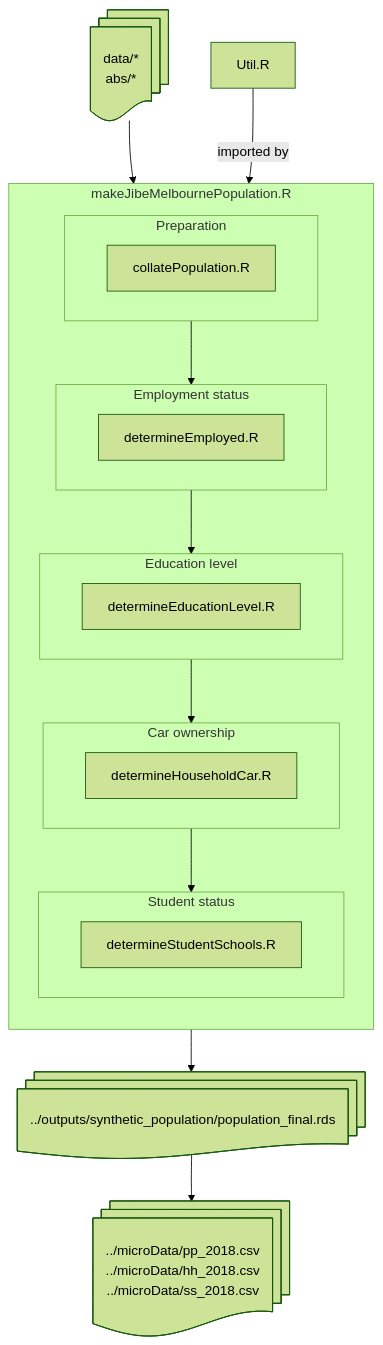
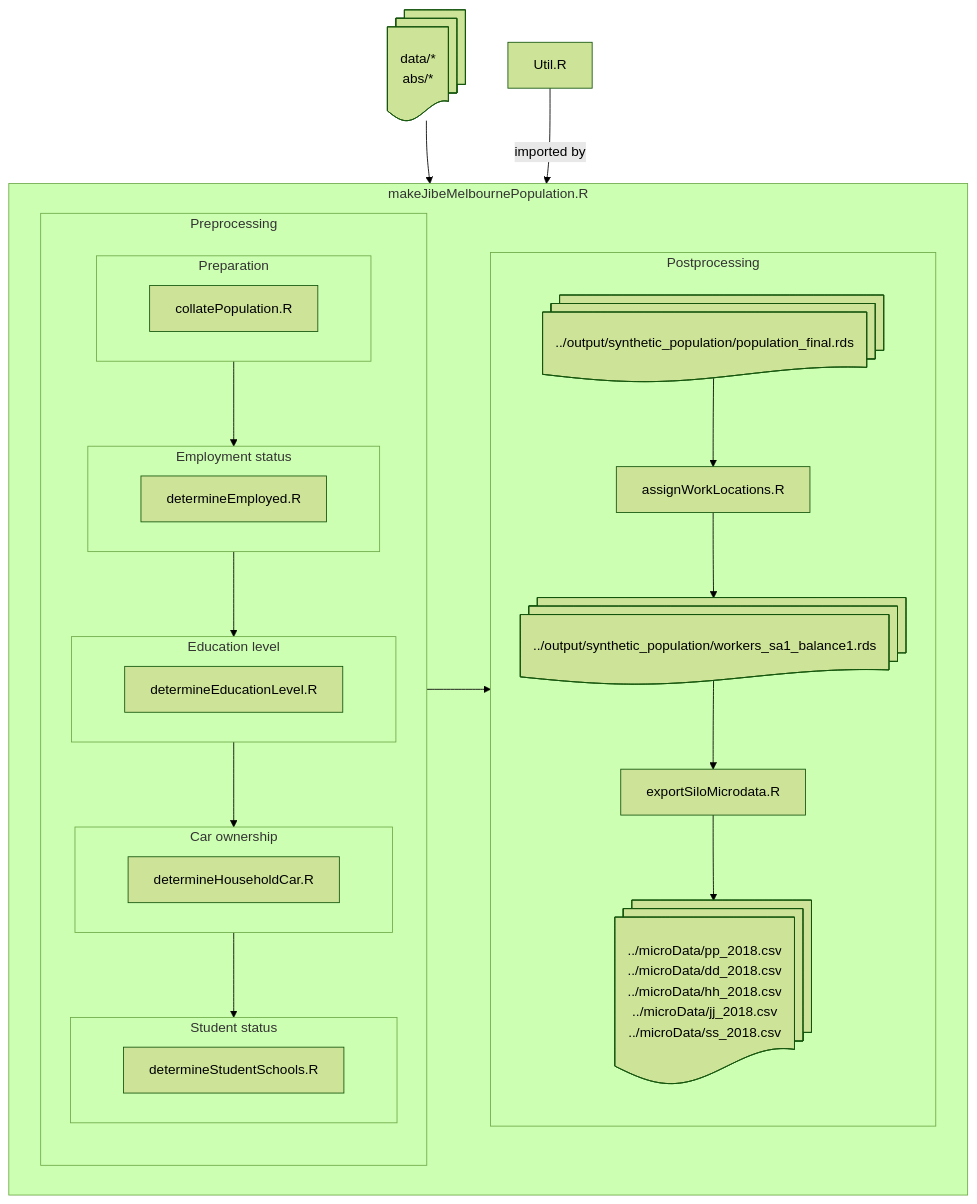
One commit to jibeproject/syntheticPopulationMelbourne changed the diagram in README.md. Above: the diagram before and after it, drawn with Mermaid (forest theme). The commit also changed 2 other files, not shown here.

Commit message:
towards #29 and #30, and #4

````diff
--- a/README.md
+++ b/README.md
@@ -28,28 +28,38 @@
 ```mermaid
 flowchart TB
-    subgraph makeJibeMelbournePopulation.R
+subgraph makeJibeMelbournePopulation.R
+    direction LR
+    subgraph Preprocessing
         direction TB
         subgraph Preparation
             collatePopulation.R
         end
         subgraph Employment ["Employment status"]
             direction LR
             determineEmployed.R
         end
         subgraph Education ["Education level"]
             determineEducationLevel.R
         end
         subgraph Car ["Car ownership"]
             determineHouseholdCar.R
         end
         subgraph Students ["Student status"]
             direction LR
             determineStudentSchools.R
         end
     end
-    Preparation --> Employment --> Education --> Car --> Students
-    input@{ shape: docs, label: "data/*\nabs/*\n"}--> makeJibeMelbournePopulation.R
-    Util.R--imported by-->makeJibeMelbournePopulation.R
-    makeJibeMelbournePopulation.R --> population@{ shape: docs, label: "../outputs/synthetic_population/population_final.rds"}
-    population@{ shape: docs, label: "../outputs/synthetic_population/population_final.rds"} --> microdata@{ shape: docs, label: "../microData/pp_2018.csv\n../microData/hh_2018.csv\n../microData/ss_2018.csv"}
+    subgraph Postprocessing
+        direction TB
+        population@{ shape: docs, label: "../output/synthetic_population/population_final.rds"} -->
+        assignWorkLocations.R -->
+        workers@{ shape: docs, label: "../output/synthetic_population/workers_sa1_balance1.rds"} -->
+        exportSiloMicrodata.R -->
+        microdata@{ shape: docs, label: "../microData/pp_2018.csv\n../microData/dd_2018.csv\n../microData/hh_2018.csv\n../microData/jj_2018.csv\n../microData/ss_2018.csv"}
+    end
+end
+Preprocessing --> Postprocessing
+Preparation --> Employment --> Education --> Car --> Students
+input@{ shape: docs, label: "data/*\nabs/*\n"}--> makeJibeMelbournePopulation.R
+Util.R--imported by-->makeJibeMelbournePopulation.R
 ```
````
